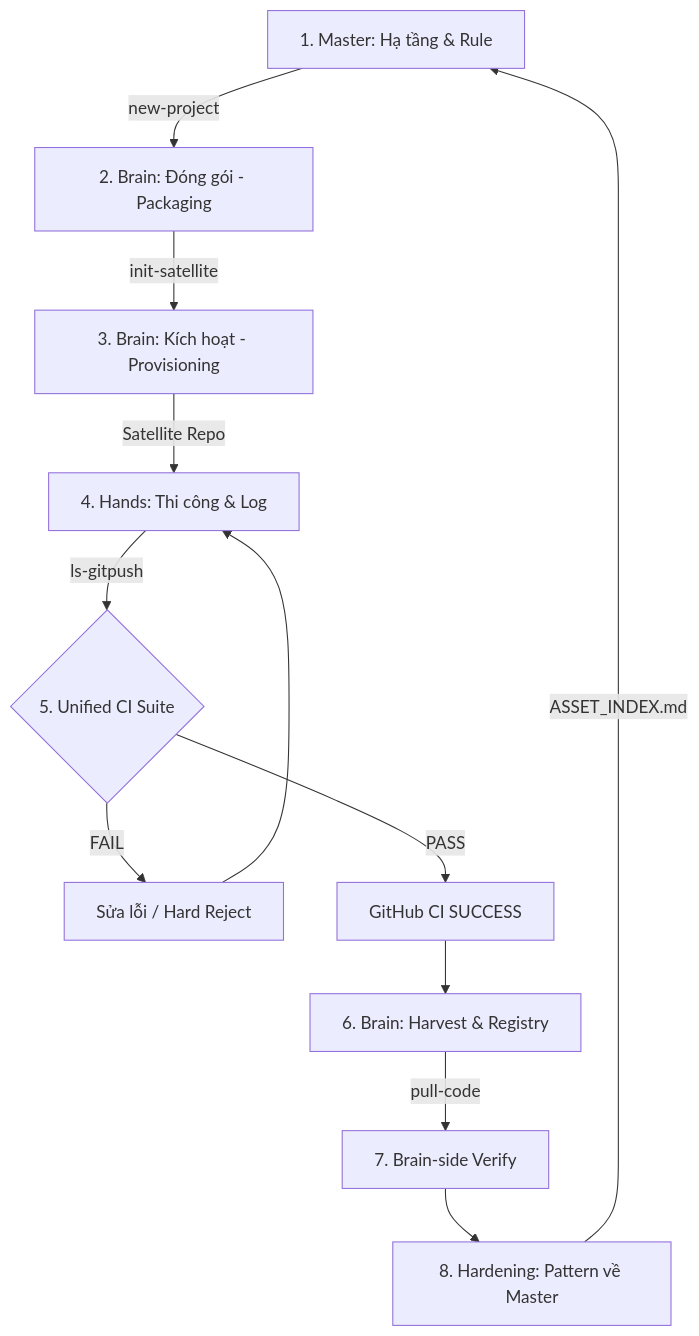
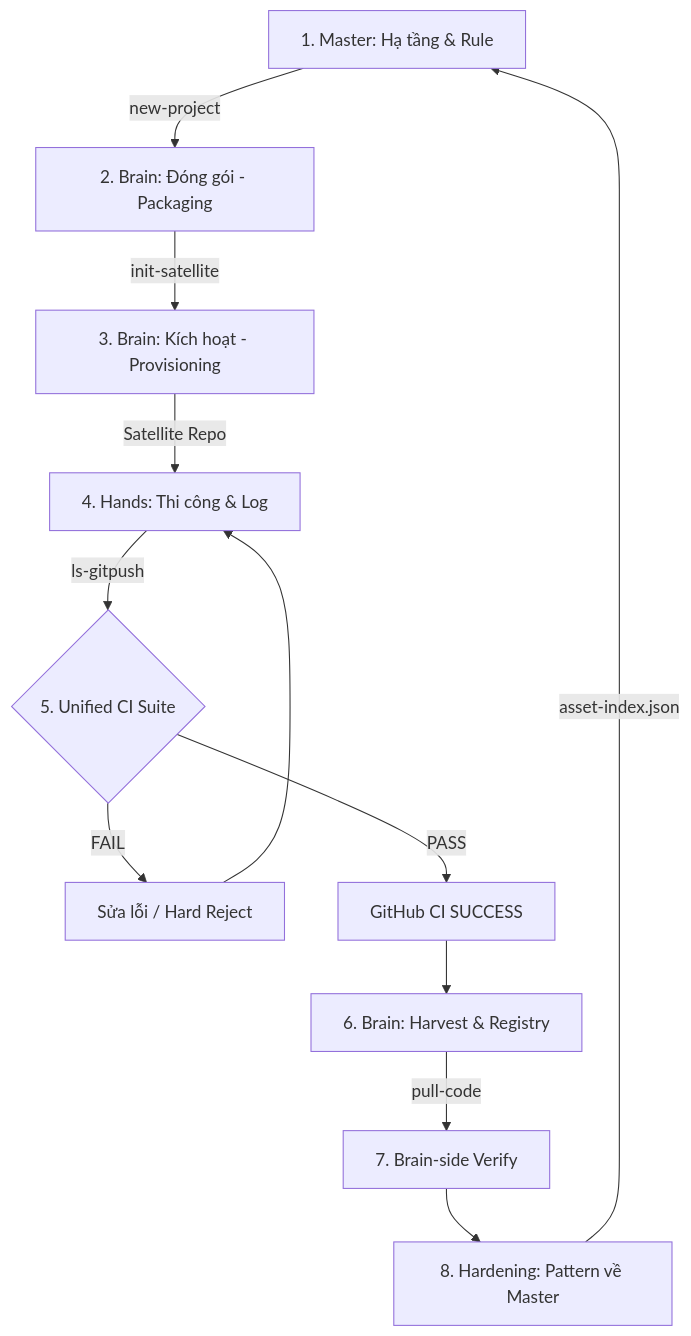
The diagram in backlog.md (Link-Strategy/Link_Stategy_Development_System), drawn with Mermaid before and after one commit. The commit also changed other lines of this file and 29 other files, not shown here.

````diff
--- a/backlog.md
+++ b/backlog.md
@@ -53,14 +56,14 @@
 ```mermaid
 graph TD
     M[1. Master: Hạ tầng & Rule] -->|new-project| B[2. Brain: Đóng gói - Packaging]
     B -->|init-satellite| P[3. Brain: Kích hoạt - Provisioning]
     P -->|Satellite Repo| H[4. Hands: Thi công & Log]
     H -->|ls-gitpush| E{5. Unified CI Suite}
     E -->|FAIL| F[Sửa lỗi / Hard Reject]
     F --> H
     E -->|PASS| GH[GitHub CI SUCCESS]
     GH --> I[6. Brain: Harvest & Registry]
     I -->|pull-code| J[7. Brain-side Verify]
     J --> K[8. Hardening: Pattern về Master]
-    K -->|ASSET_INDEX.md| M
+    K -->|asset-index.json| M
 ```
````
